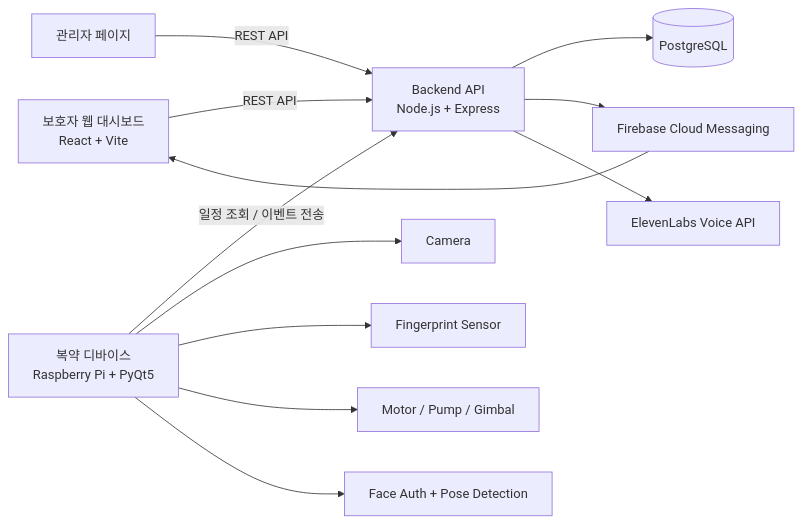
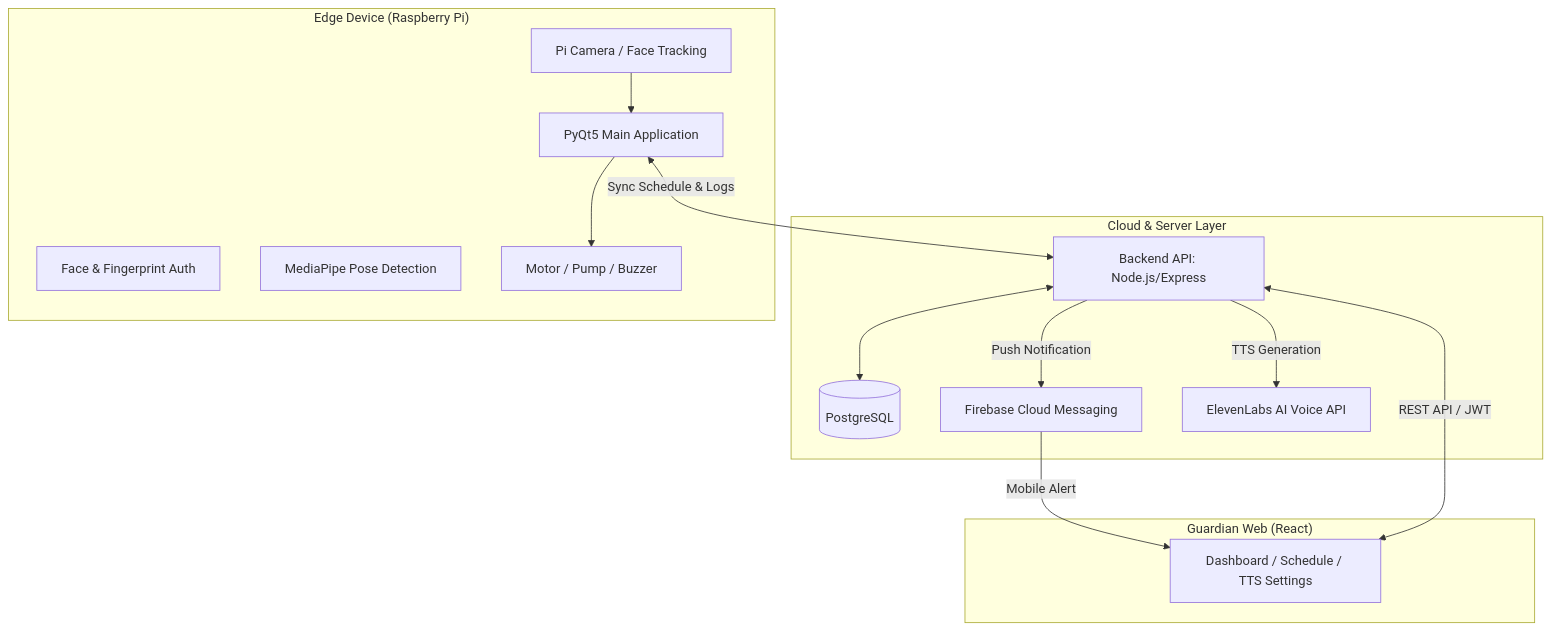
The diagram in README.MD (HyaC1107/carefull), drawn with Mermaid before and after one commit. The commit also changed other lines of this file, not shown here.

````diff
--- a/README.MD
+++ b/README.MD
@@ -112,14 +57,30 @@
 ```mermaid
-flowchart LR
-    Guardian[보호자 웹 대시보드<br/>React + Vite] -->|REST API| API[Backend API<br/>Node.js + Express]
-    Admin[관리자 페이지] -->|REST API| API
-    Device[복약 디바이스<br/>Raspberry Pi + PyQt5] -->|일정 조회 / 이벤트 전송| API
-    API --> DB[(PostgreSQL)]
-    API --> FCM[Firebase Cloud Messaging]
-    API --> Eleven[ElevenLabs Voice API]
-    FCM --> Guardian
-    Device --> Camera[Camera]
-    Device --> Fingerprint[Fingerprint Sensor]
-    Device --> Motor[Motor / Pump / Gimbal]
-    Device --> AI[Face Auth + Pose Detection]
+flowchart TD
+    subgraph "Cloud & Server Layer"
+        API[Backend API: Node.js/Express]
+        DB[(PostgreSQL)]
+        FCM[Firebase Cloud Messaging]
+        Eleven[ElevenLabs AI Voice API]
+    end
+
+    subgraph "Guardian Web (React)"
+        Web[Dashboard / Schedule / TTS Settings]
+    end
+
+    subgraph "Edge Device (Raspberry Pi)"
+        App[PyQt5 Main Application]
+        Camera[Pi Camera / Face Tracking]
+        Auth[Face & Fingerprint Auth]
+        Pose[MediaPipe Pose Detection]
+        Hardware[Motor / Pump / Buzzer]
+    end
+
+    Web <-->|REST API / JWT| API
+    API <--> DB
+    API -->|TTS Generation| Eleven
+    API -->|Push Notification| FCM
+    FCM -->|Mobile Alert| Web
+    App <-->|Sync Schedule & Logs| API
+    App --> Hardware
+    Camera --> App
 ```
````
